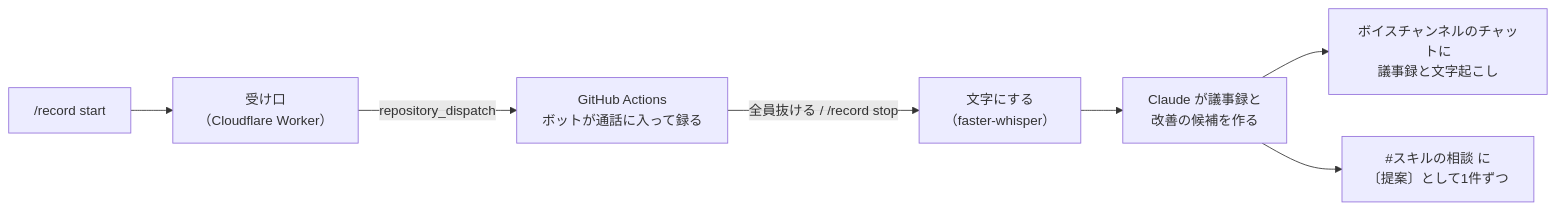
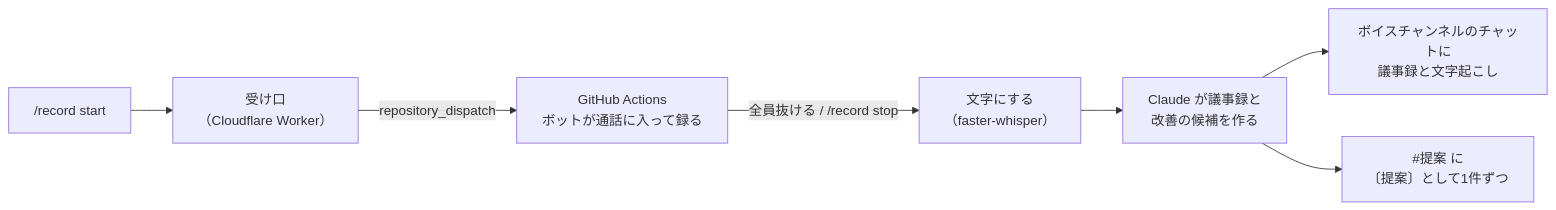
One commit to commons-ground/ground changed the diagram in tools/discord-meeting/README.md. Above: the diagram before and after it, drawn with Mermaid. The commit also changed 14 other files, not shown here.

````diff
--- a/tools/discord-meeting/README.md
+++ b/tools/discord-meeting/README.md
@@ -7,9 +7,9 @@
 ```mermaid
 flowchart LR
   A["/record start"] --> B["受け口<br>（Cloudflare Worker）"]
   B -- repository_dispatch --> C["GitHub Actions<br>ボットが通話に入って録る"]
   C -- "全員抜ける / /record stop" --> D["文字にする<br>（faster-whisper）"]
   D --> E["Claude が議事録と<br>改善の候補を作る"]
   E --> F["ボイスチャンネルのチャットに<br>議事録と文字起こし"]
-  E --> G["#スキルの相談 に<br>〔提案〕として1件ずつ"]
+  E --> G["#提案 に<br>〔提案〕として1件ずつ"]
 ```
````
